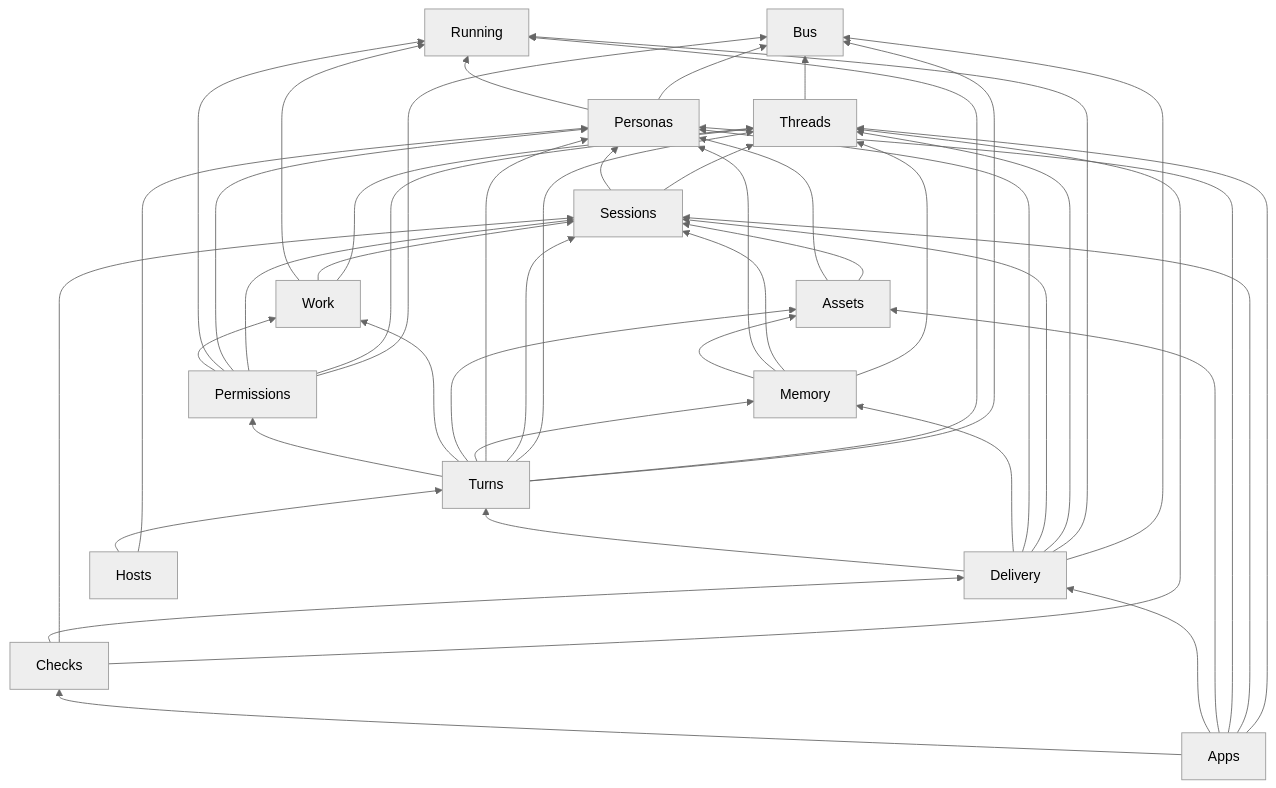
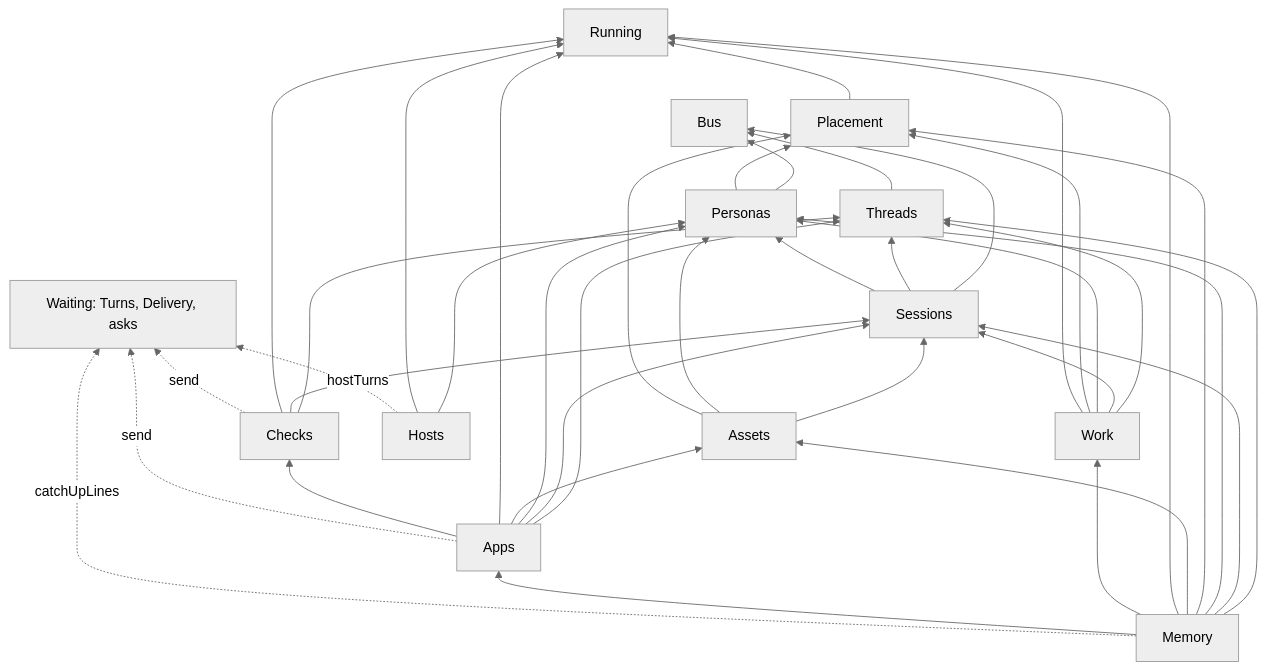
The second of 4 diagrams in designs/architecture/services.md (HJeon139/postbox), drawn with Mermaid (neutral theme) before and after one commit. The commit also changed other lines of this file, not shown here.

First line of the commit message:
docs(architecture): count imports too, and leave delivery and asks for rooms at scale

````diff
--- a/designs/architecture/services.md
+++ b/designs/architecture/services.md
@@ -165,52 +171,44 @@
 ```mermaid
 flowchart BT
   Bus
   Running
+  Placement --> Running
   Threads --> Bus
   Personas --> Bus
-  Personas --> Running
+  Personas --> Placement
+  Sessions --> Bus
   Sessions --> Threads
   Sessions --> Personas
   Assets --> Sessions
   Assets --> Personas
-  Memory --> Threads
-  Memory --> Sessions
-  Memory --> Personas
-  Memory --> Assets
+  Assets --> Placement
   Work --> Threads
   Work --> Sessions
+  Work --> Personas
+  Work --> Placement
   Work --> Running
-  Permissions --> Bus
-  Permissions --> Threads
-  Permissions --> Sessions
-  Permissions --> Personas
-  Permissions --> Running
-  Permissions --> Work
-  Turns --> Bus
-  Turns --> Running
-  Turns --> Threads
-  Turns --> Sessions
-  Turns --> Personas
-  Turns --> Memory
-  Turns --> Assets
-  Turns --> Work
-  Turns --> Permissions
-  Delivery --> Bus
-  Delivery --> Running
-  Delivery --> Threads
-  Delivery --> Sessions
-  Delivery --> Personas
-  Delivery --> Memory
-  Delivery --> Turns
   Checks --> Threads
   Checks --> Sessions
-  Checks --> Delivery
+  Checks --> Running
   Apps --> Threads
   Apps --> Sessions
   Apps --> Personas
   Apps --> Assets
-  Apps --> Delivery
+  Apps --> Running
   Apps --> Checks
+  Memory --> Threads
+  Memory --> Sessions
+  Memory --> Personas
+  Memory --> Placement
+  Memory --> Assets
+  Memory --> Running
+  Memory --> Work
+  Memory --> Apps
   Hosts --> Personas
-  Hosts --> Turns
+  Hosts --> Running
+  Waiting[Waiting: Turns, Delivery, asks]
+  Checks -.->|send| Waiting
+  Apps -.->|send| Waiting
+  Memory -.->|catchUpLines| Waiting
+  Hosts -.->|hostTurns| Waiting
 ```
````
